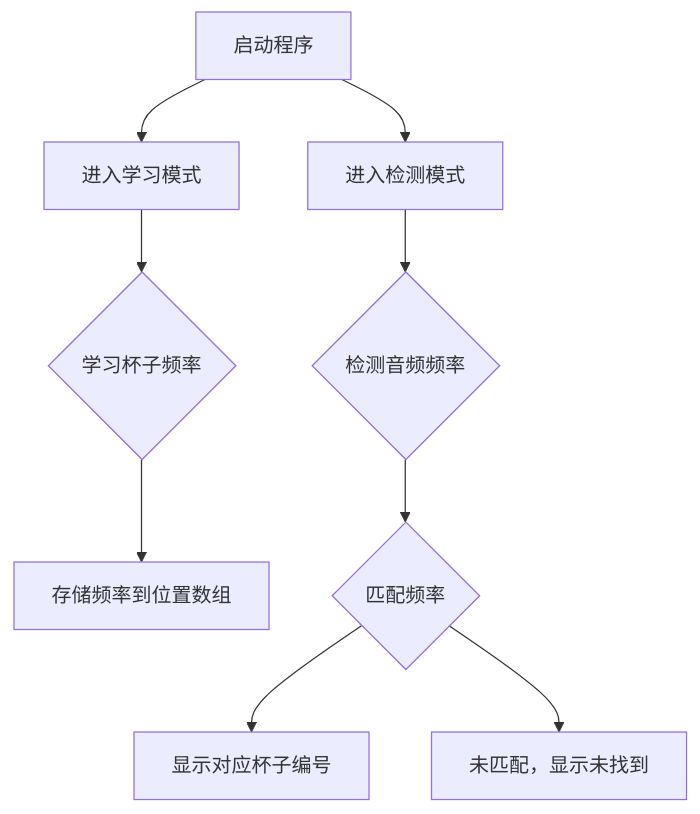
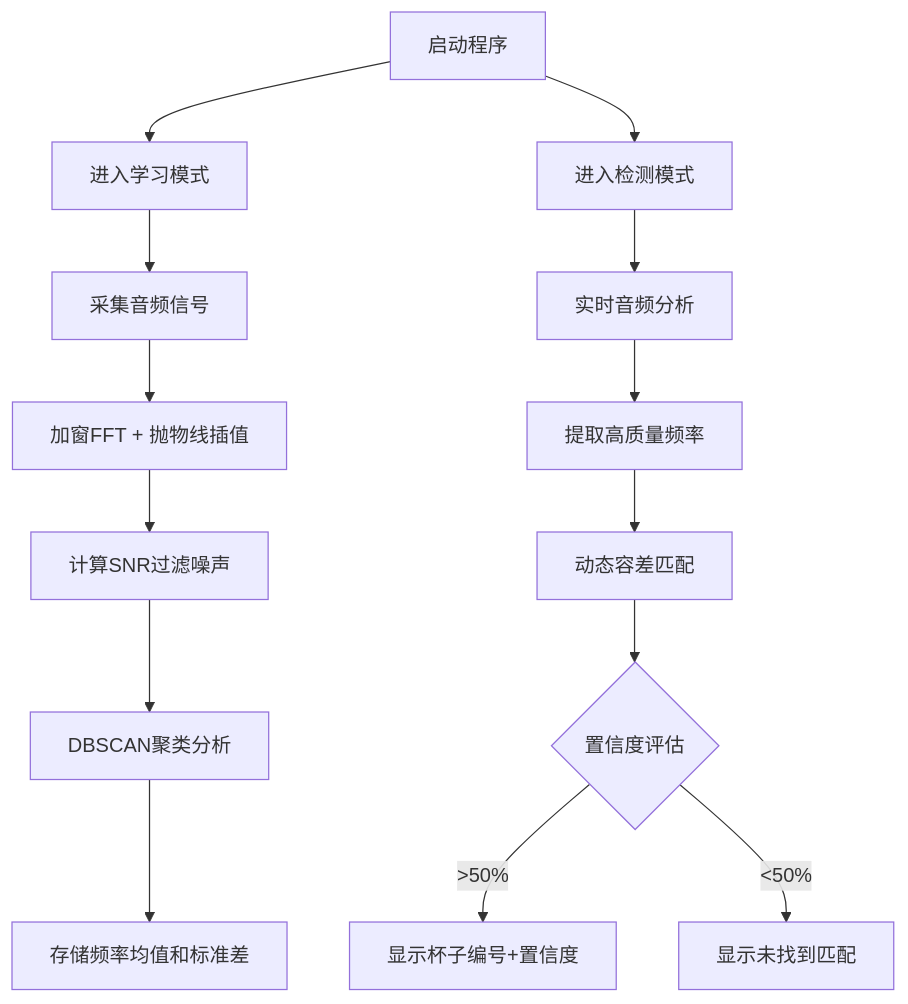
One commit to BZPJ2000/AudioCupSense changed the diagram in README.md. Above: the diagram before and after it, drawn with Mermaid. The commit also changed other lines of this file, not shown here.

````diff
--- a/README.md
+++ b/README.md
@@ -49,11 +74,17 @@
 ```mermaid
 graph TD
     A[启动程序] --> B[进入学习模式]
-    B --> C{学习杯子频率}
-    C --> D[存储频率到位置数组]
-    A --> E[进入检测模式]
-    E --> F{检测音频频率}
-    F --> G{匹配频率}
-    G --> H[显示对应杯子编号]
-    G --> I[未匹配，显示未找到]
+    B --> C[采集音频信号]
+    C --> D[加窗FFT + 抛物线插值]
+    D --> E[计算SNR过滤噪声]
+    E --> F[DBSCAN聚类分析]
+    F --> G[存储频率均值和标准差]
+
+    A --> H[进入检测模式]
+    H --> I[实时音频分析]
+    I --> J[提取高质量频率]
+    J --> K[动态容差匹配]
+    K --> L{置信度评估}
+    L -->|>50%| M[显示杯子编号+置信度]
+    L -->|<50%| N[显示未找到匹配]
 ```
````
